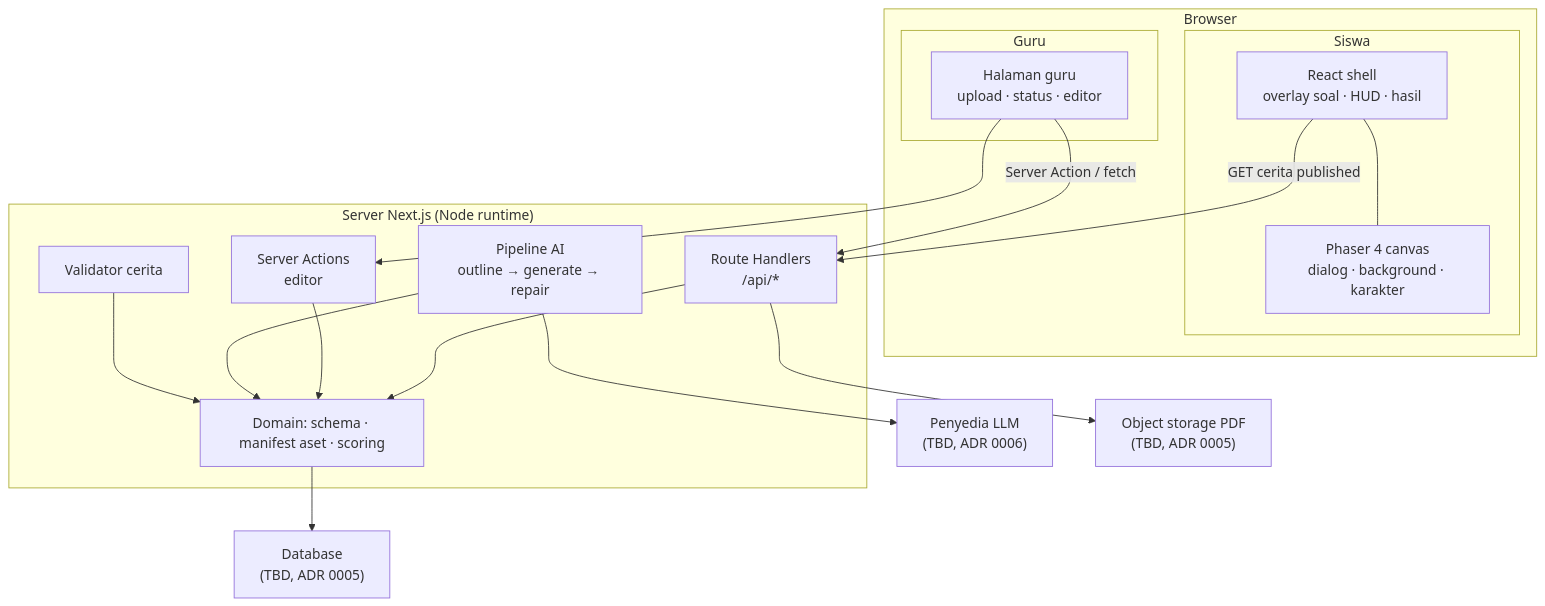
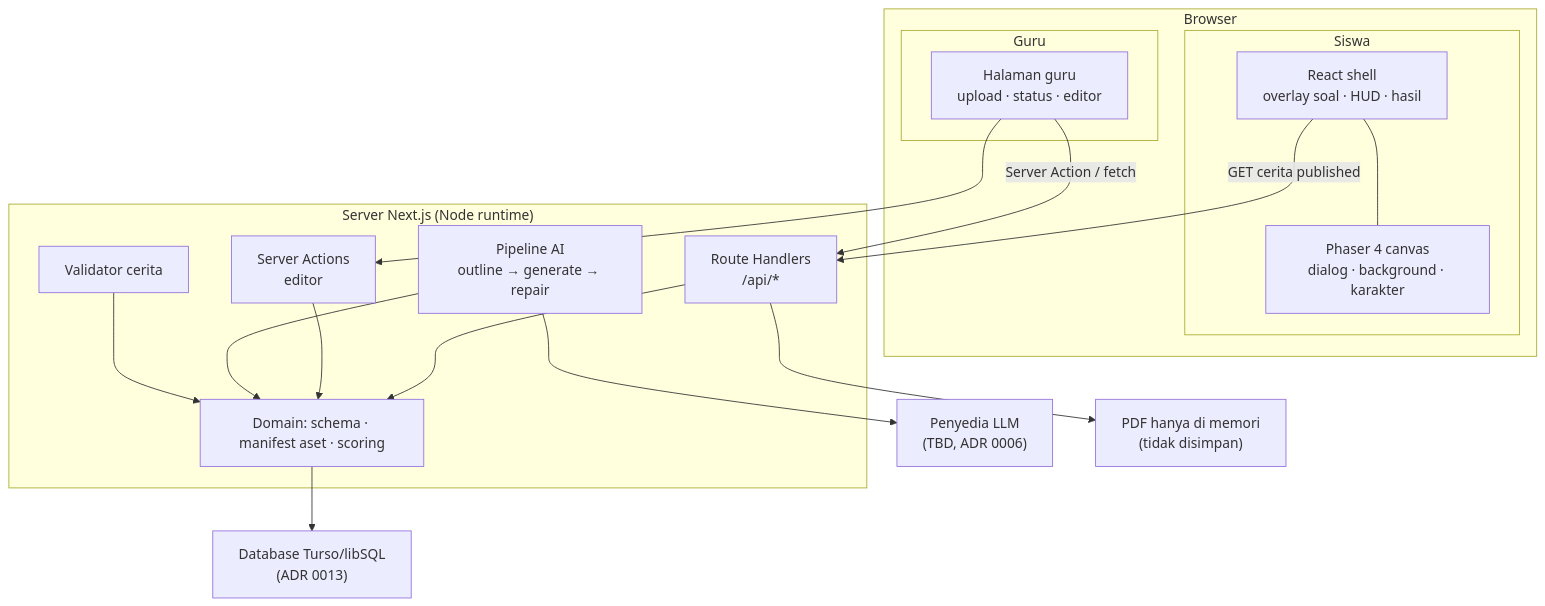
The diagram in docs/01-architecture/overview.md (justeita/ClassQuest), drawn with Mermaid before and after one commit. The commit also changed other lines of this file and 8 other files, not shown here.

````diff
--- a/docs/01-architecture/overview.md
+++ b/docs/01-architecture/overview.md
@@ -19,32 +19,32 @@
 ```mermaid
 flowchart TB
   subgraph browser["Browser"]
     subgraph teacher["Guru"]
       T1["Halaman guru<br/>upload · status · editor"]
     end
     subgraph student["Siswa"]
       S1["React shell<br/>overlay soal · HUD · hasil"]
       S2["Phaser 4 canvas<br/>dialog · background · karakter"]
       S1 --- S2
     end
   end
 
   subgraph next["Server Next.js (Node runtime)"]
     R1["Route Handlers<br/>/api/*"]
     R2["Server Actions<br/>editor"]
     R3["Pipeline AI<br/>outline → generate → repair"]
     R4["Validator cerita"]
     D1["Domain: schema · manifest aset · scoring"]
     R1 --> D1
     R2 --> D1
     R3 --> D1
     R4 --> D1
   end
 
   T1 -->|"Server Action / fetch"| R1
   T1 --> R2
   S1 -->|"GET cerita published"| R1
   R3 --> LLM["Penyedia LLM<br/>(TBD, ADR 0006)"]
-  D1 --> DB["Database<br/>(TBD, ADR 0005)"]
-  R1 --> ST["Object storage PDF<br/>(TBD, ADR 0005)"]
+  D1 --> DB["Database Turso/libSQL<br/>(ADR 0013)"]
+  R1 --> MEM["PDF hanya di memori<br/>(tidak disimpan)"]
 ```
````
